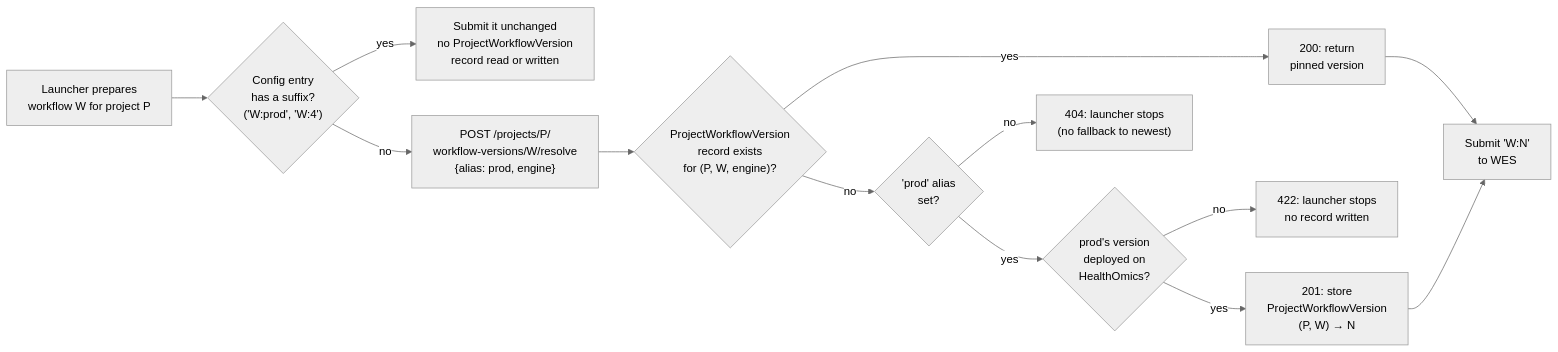
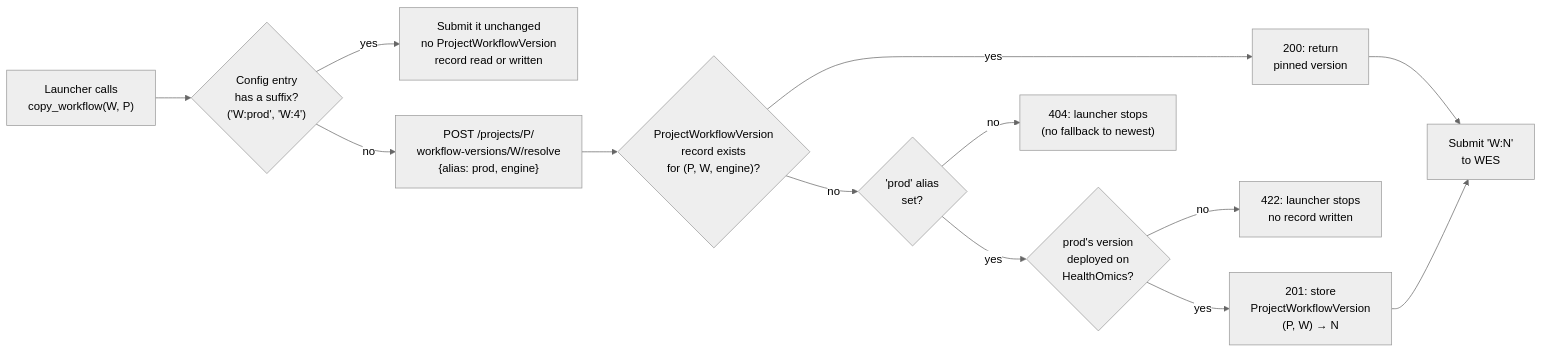
One commit to NGS360/APIServer changed the fourth of 9 diagrams in docs/WORKFLOWS_AND_PIPELINES.md. Above: the diagram before and after it, drawn with Mermaid (neutral theme). The commit also changed other lines of this file, not shown here.

Commit message:
replace prepare_workflow with copy_workflow

````diff
--- a/docs/WORKFLOWS_AND_PIPELINES.md
+++ b/docs/WORKFLOWS_AND_PIPELINES.md
@@ -126,15 +126,15 @@
 ```mermaid
 %%{init: {"flowchart": {"wrappingWidth": 400}}}%%
 flowchart LR
-    START["Launcher prepares<br/>workflow W for project P"] --> EXP{"Config entry<br/>has a suffix?<br/>('W:prod', 'W:4')"}
+    START["Launcher calls<br/>copy_workflow(W, P)"] --> EXP{"Config entry<br/>has a suffix?<br/>('W:prod', 'W:4')"}
     EXP -- yes --> USE["Submit it unchanged<br/>no ProjectWorkflowVersion<br/>record read or written"]
     EXP -- no --> CALL["POST /projects/P/<br/>workflow-versions/W/resolve<br/>{alias: prod, engine}"]
     CALL --> HAS{"ProjectWorkflowVersion<br/>record exists<br/>for (P, W, engine)?"}
     HAS -- yes --> OLD["200: return<br/>pinned version"]
     HAS -- no --> PROD{"'prod' alias<br/>set?"}
     PROD -- no --> F404["404: launcher stops<br/>(no fallback to newest)"]
     PROD -- yes --> DEPL{"prod's version<br/>deployed on<br/>HealthOmics?"}
     DEPL -- no --> F422["422: launcher stops<br/>no record written"]
     DEPL -- yes --> NEW["201: store<br/>ProjectWorkflowVersion<br/>(P, W) → N"]
     OLD & NEW --> SUB["Submit 'W:N'<br/>to WES"]
 ```
````
